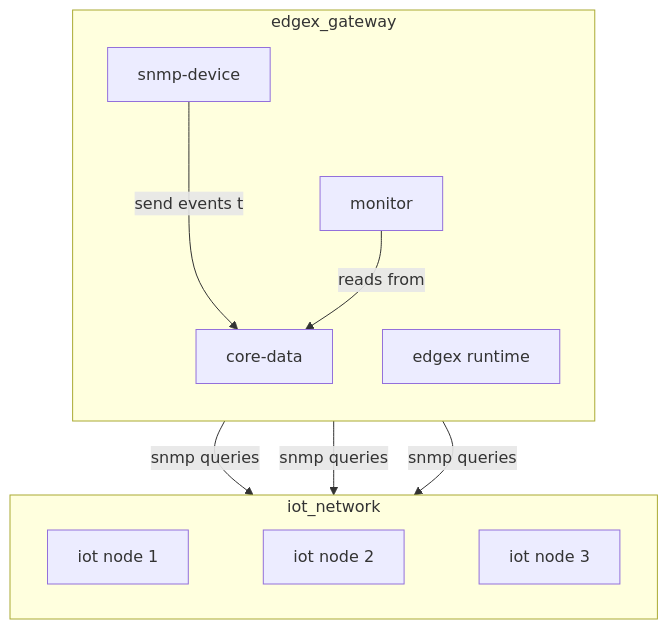
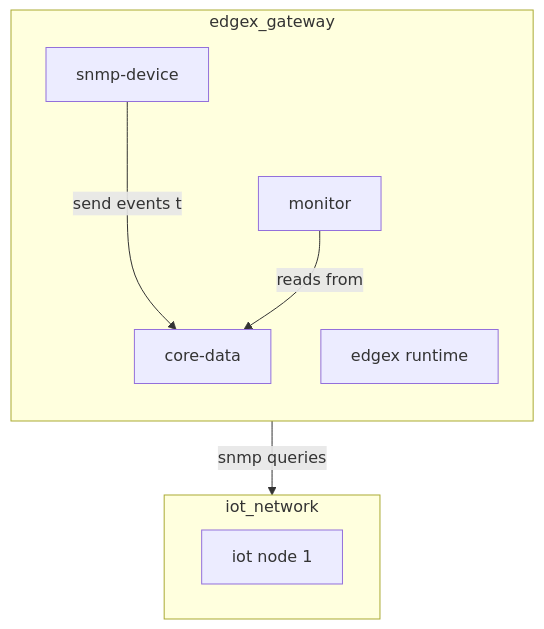
One commit to carnivuth/edgex_iot_simulation changed the diagram in readme.md. Above: the diagram before and after it, drawn with Mermaid. The commit also changed other lines of this file and 4 other files, not shown here.

````diff
--- a/readme.md
+++ b/readme.md
@@ -9,20 +9,18 @@
 ```mermaid
 flowchart TD
 subgraph edgex_gateway
 direction TB
 F[monitor]
 A[snmp-device]
 G[core-data]
 E[edgex runtime]
 A --send events to--> G
 F --reads from--> G
 end
 subgraph iot_network
 direction LR
 B[iot node 1]
-C[iot node 2]
-D[iot node 3]
-B ~~~ C ~~~ D
+B
 end
-A --snmp queries--> B & C & D
+A --snmp queries--> B
 ```
````
